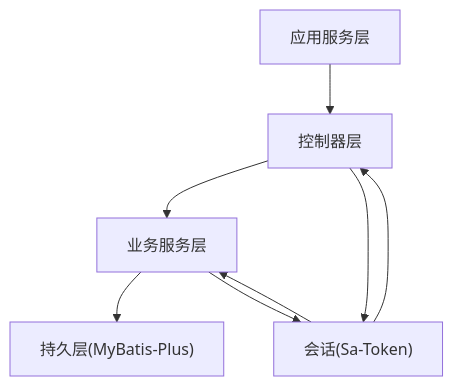
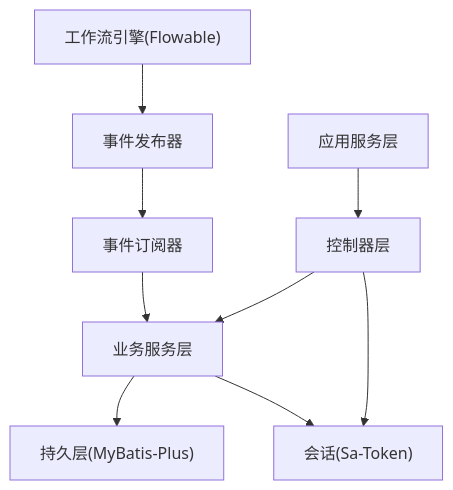
Before and after one commit to yaomindong1996/forge-admin: the second of 5 diagrams in .qoder/repowiki/zh/content/后端框架详解/核心模块/forge-starter-core 核心框架.md, drawn with Mermaid. The commit also changed other lines of this file and 76 other files, not shown here.

````diff
--- a/.qoder/repowiki/zh/content/后端框架详解/核心模块/forge-starter-core 核心框架.md
+++ b/.qoder/repowiki/zh/content/后端框架详解/核心模块/forge-starter-core 核心框架.md
@@ -116,15 +136,19 @@
 ```mermaid
 graph TB
 APP["应用服务层"]
 CTRL["控制器层"]
 SVC["业务服务层"]
 ORM["持久层(MyBatis-Plus)"]
 SESS["会话(Sa-Token)"]
+FLOW["工作流引擎(Flowable)"]
+EVENT["事件发布器"]
+SUB["事件订阅器"]
 APP --> CTRL
 CTRL --> SVC
 SVC --> ORM
 CTRL --> SESS
 SVC --> SESS
-SESS --> CTRL
-SESS --> SVC
+FLOW --> EVENT
+EVENT --> SUB
+SUB --> SVC
 ```
````
